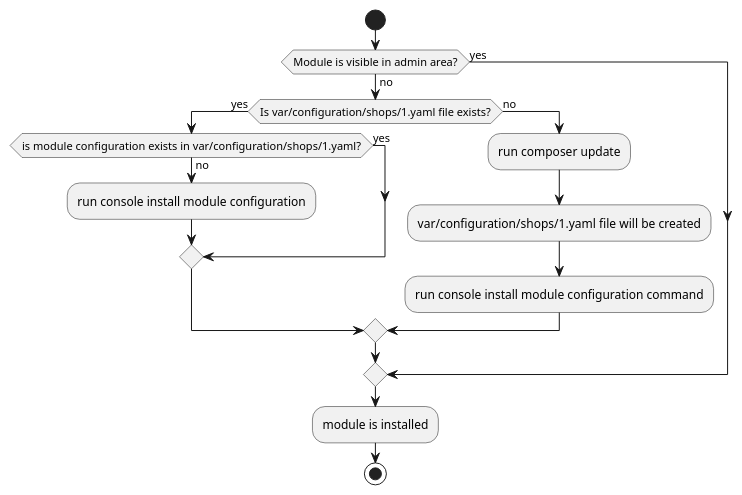
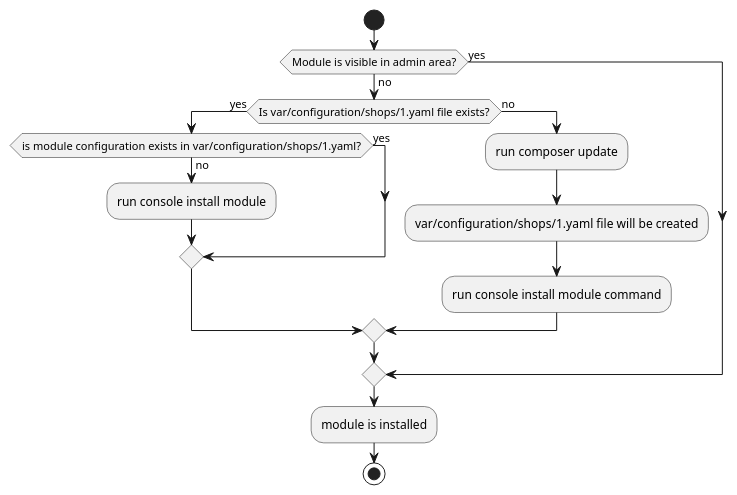
The diagram in development/modules_components_themes/module/installation_setup/troubleshooting.rst (OXID-eSales/developer_documentation), drawn with PlantUML before and after one commit. The commit also changed other lines of this file and 14 other files, not shown here.

```diff
--- a/development/modules_components_themes/module/installation_setup/troubleshooting.rst
+++ b/development/modules_components_themes/module/installation_setup/troubleshooting.rst
@@ -17,35 +15,35 @@
 .. uml::
 
    @startuml
 
    start
 
    if (Module is visible in admin area?) then (no)
 
       if (Is var/configuration/shops/1.yaml file exists?) then (yes)
 
           if (is module configuration exists in var/configuration/shops/1.yaml?) then (yes)
 
           else (no)
-             :run console install module configuration;
+             :run console install module;
           endif
 
       else (no)
 
         :run composer update;
 
         :var/configuration/shops/1.yaml file will be created;
 
-        :run console install module configuration command;
+        :run console install module command;
 
       endif
 
    else (yes)
 
    endif
 
    :module is installed;
 
     stop
 
    @enduml
```
